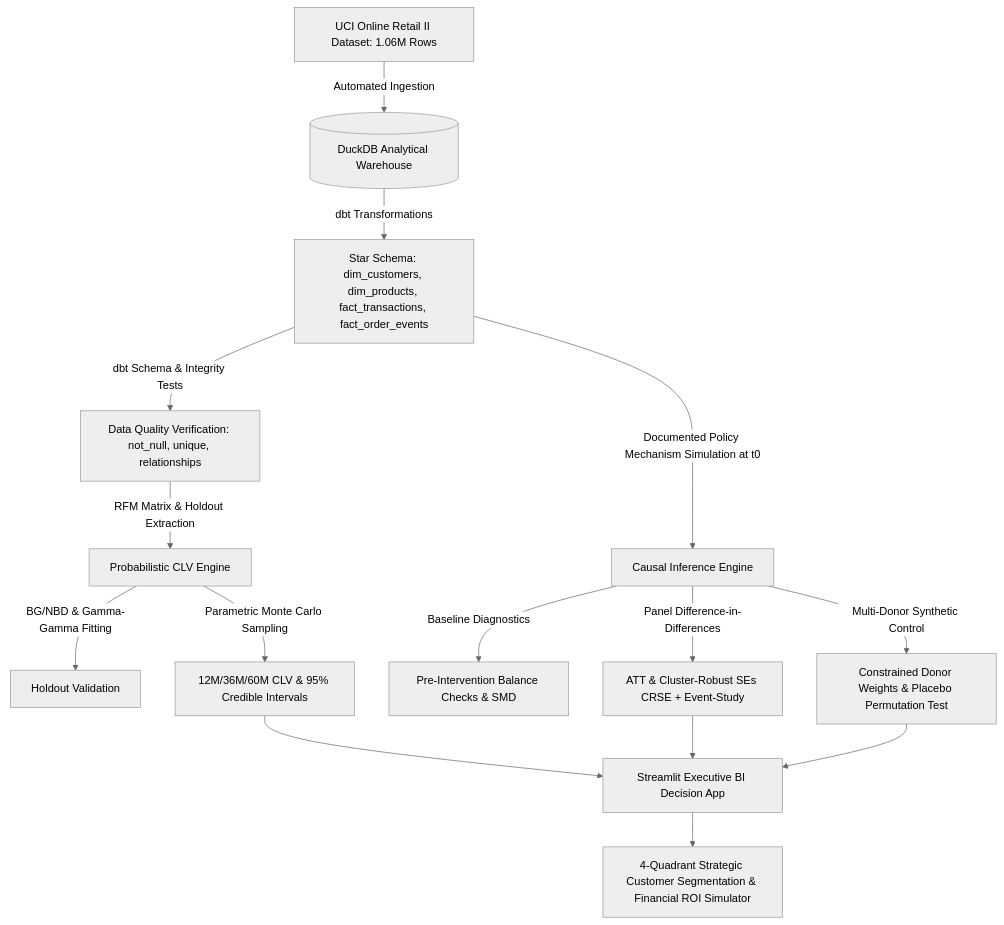
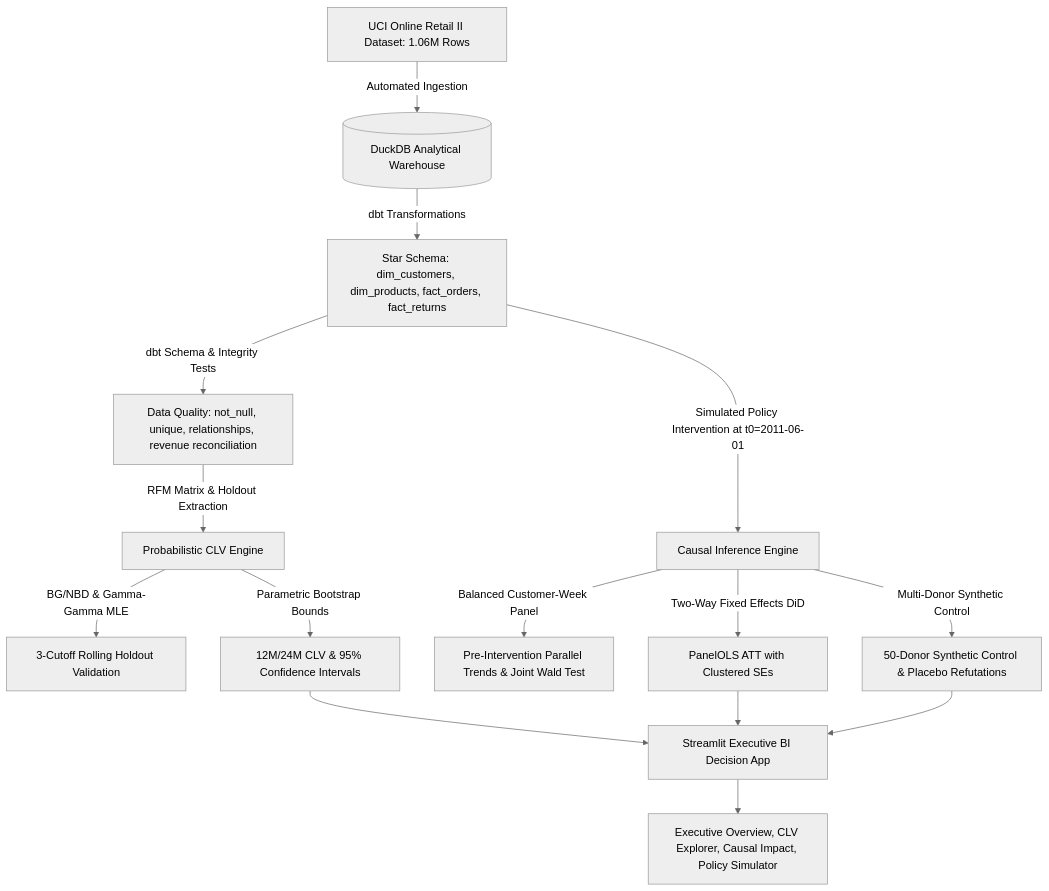
One commit to rishichouhan905-dotcom/monetization-causal-clv-engine changed the diagram in README.md. Above: the diagram before and after it, drawn with Mermaid (neutral theme). The commit also changed other lines of this file and 50 other files, not shown here.

````diff
--- a/README.md
+++ b/README.md
@@ -14,17 +14,17 @@
 ```mermaid
 flowchart TD
     A[UCI Online Retail II Dataset: 1.06M Rows] -->|Automated Ingestion| B[(DuckDB Analytical Warehouse)]
-    B -->|dbt Transformations| C[Star Schema: dim_customers, dim_products, fact_transactions, fact_order_events]
-    C -->|dbt Schema & Integrity Tests| D[Data Quality Verification: not_null, unique, relationships]
+    B -->|dbt Transformations| C[Star Schema: dim_customers, dim_products, fact_orders, fact_returns]
+    C -->|dbt Schema & Integrity Tests| D[Data Quality: not_null, unique, relationships, revenue reconciliation]
     D -->|RFM Matrix & Holdout Extraction| E[Probabilistic CLV Engine]
-    E -->|BG/NBD & Gamma-Gamma Fitting| F[Holdout Validation]
-    E -->|Parametric Monte Carlo Sampling| G[12M/36M/60M CLV & 95% Credible Intervals]
-    C -->|Documented Policy Mechanism Simulation at t0| H[Causal Inference Engine]
-    H -->|Baseline Diagnostics| I[Pre-Intervention Balance Checks & SMD]
-    H -->|Panel Difference-in-Differences| J[ATT & Cluster-Robust SEs CRSE + Event-Study]
-    H -->|Multi-Donor Synthetic Control| K[Constrained Donor Weights & Placebo Permutation Test]
+    E -->|BG/NBD & Gamma-Gamma MLE| F[3-Cutoff Rolling Holdout Validation]
+    E -->|Parametric Bootstrap Bounds| G[12M/24M CLV & 95% Confidence Intervals]
+    C -->|Simulated Policy Intervention at t0=2011-06-01| H[Causal Inference Engine]
+    H -->|Balanced Customer-Week Panel| I[Pre-Intervention Parallel Trends & Joint Wald Test]
+    H -->|Two-Way Fixed Effects DiD| J[PanelOLS ATT with Clustered SEs]
+    H -->|Multi-Donor Synthetic Control| K[50-Donor Synthetic Control & Placebo Refutations]
     G --> L[Streamlit Executive BI Decision App]
     J --> L
     K --> L
-    L --> M[4-Quadrant Strategic Customer Segmentation & Financial ROI Simulator]
+    L --> M[Executive Overview, CLV Explorer, Causal Impact, Policy Simulator]
 ```
````
